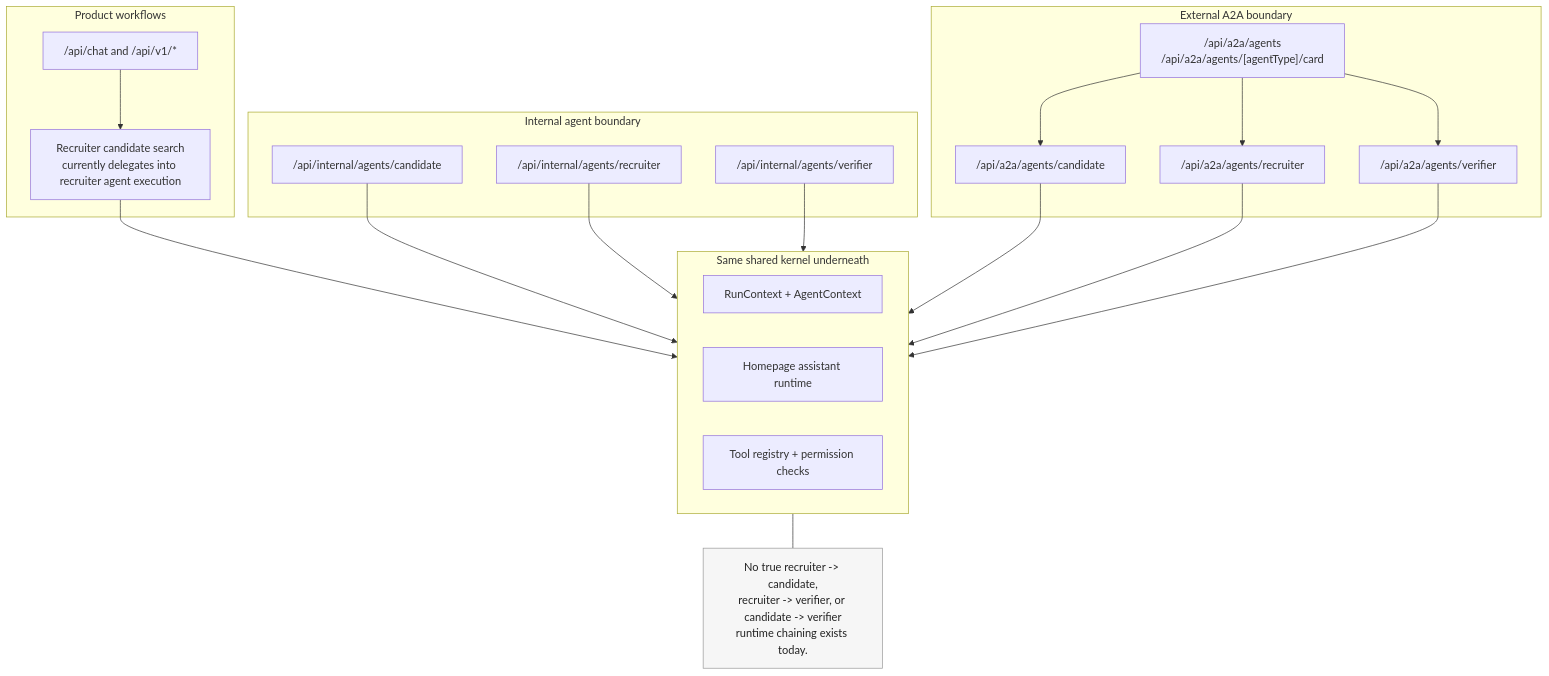
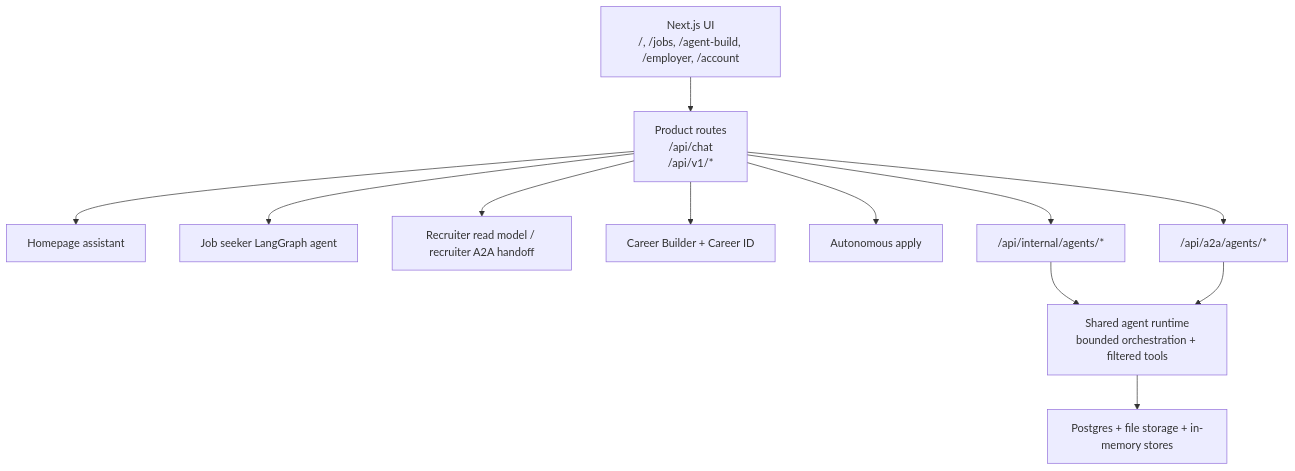
Before and after one commit to StefanoCaruso456/Career-AI: the diagram in docs/architecture/current-state-agent-platform.md, drawn with Mermaid. The commit also changed other lines of this file and 49 other files, not shown here.

````diff
--- a/docs/architecture/current-state-agent-platform.md
+++ b/docs/architecture/current-state-agent-platform.md
@@ -219,46 +5,14 @@
 ```mermaid
 flowchart TB
-  subgraph Product["Product workflows"]
-    ProductRoutes["/api/chat and /api/v1/*"]
-    ProductHandoff["Recruiter candidate search\ncurrently delegates into recruiter agent execution"]
-  end
-
-  subgraph Internal["Internal agent boundary"]
-    InternalCandidate["/api/internal/agents/candidate"]
-    InternalRecruiter["/api/internal/agents/recruiter"]
-    InternalVerifier["/api/internal/agents/verifier"]
-  end
-
-  subgraph External["External A2A boundary"]
-    Discovery["/api/a2a/agents\n/api/a2a/agents/[agentType]/card"]
-    ExternalCandidate["/api/a2a/agents/candidate"]
-    ExternalRecruiter["/api/a2a/agents/recruiter"]
-    ExternalVerifier["/api/a2a/agents/verifier"]
-  end
-
-  subgraph SharedKernel["Same shared kernel underneath"]
-    AgentContext["RunContext + AgentContext"]
-    Runtime["Homepage assistant runtime"]
-    Tools["Tool registry + permission checks"]
-  end
-
-  ProductRoutes --> ProductHandoff
-  ProductHandoff --> SharedKernel
-
-  InternalCandidate --> SharedKernel
-  InternalRecruiter --> SharedKernel
-  InternalVerifier --> SharedKernel
-
-  Discovery --> ExternalCandidate
-  Discovery --> ExternalRecruiter
-  Discovery --> ExternalVerifier
-
-  ExternalCandidate --> SharedKernel
-  ExternalRecruiter --> SharedKernel
-  ExternalVerifier --> SharedKernel
-
-  Note["No true recruiter -> candidate,\nrecruiter -> verifier, or candidate -> verifier\nruntime chaining exists today."]:::note
-  SharedKernel --- Note
-
-  classDef note fill:#f6f6f6,stroke:#999,color:#222;
+  UI["Next.js UI<br/>/, /jobs, /agent-build, /employer, /account"] --> Product["Product routes<br/>/api/chat<br/>/api/v1/*"]
+  Product --> Home["Homepage assistant"]
+  Product --> JobSeeker["Job seeker LangGraph agent"]
+  Product --> Recruiter["Recruiter read model / recruiter A2A handoff"]
+  Product --> Career["Career Builder + Career ID"]
+  Product --> Apply["Autonomous apply"]
+  Product --> Internal["/api/internal/agents/*"]
+  Product --> External["/api/a2a/agents/*"]
+  Internal --> Runtime["Shared agent runtime<br/>bounded orchestration + filtered tools"]
+  External --> Runtime
+  Runtime --> Data["Postgres + file storage + in-memory stores"]
 ```
````
